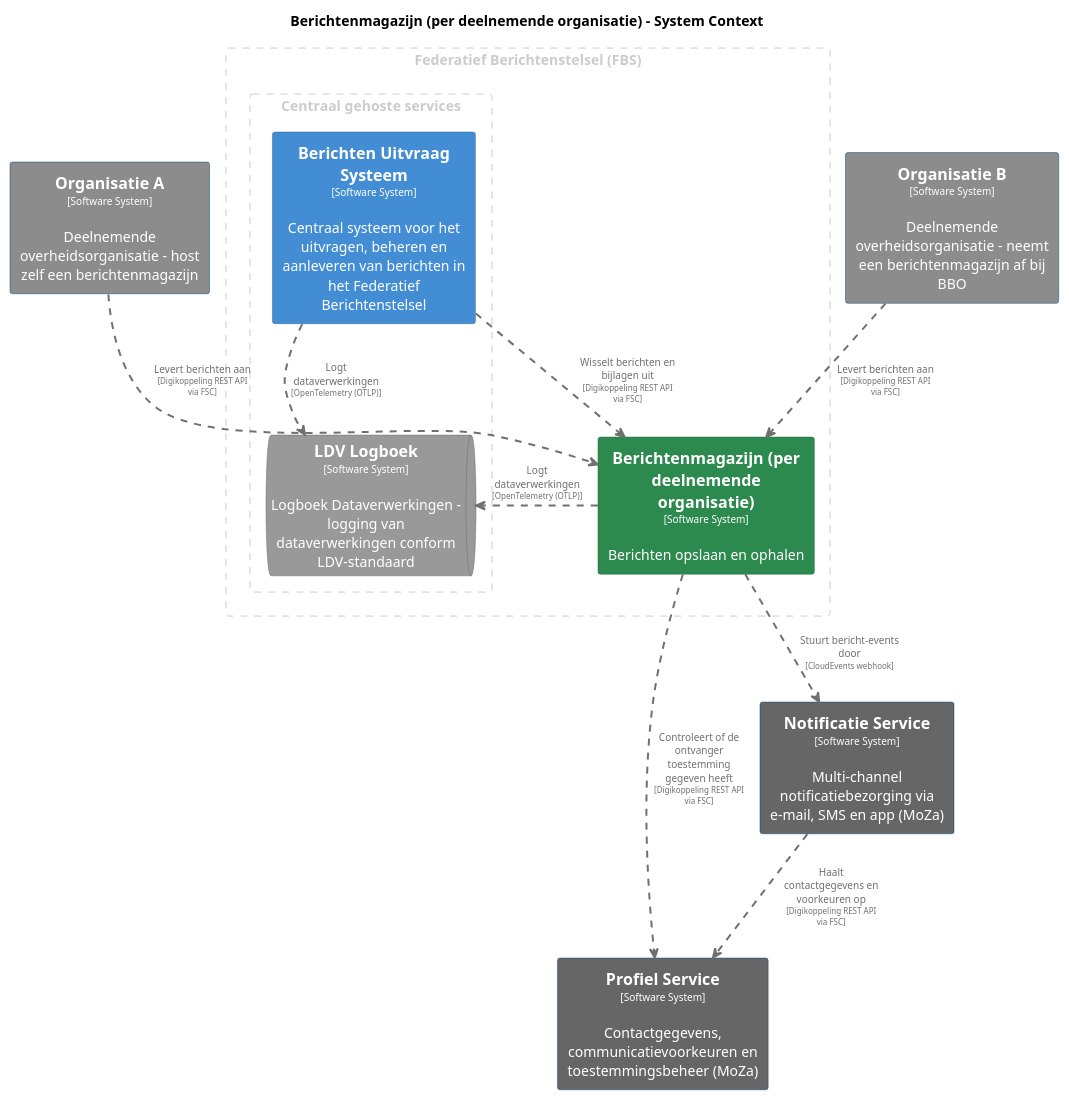
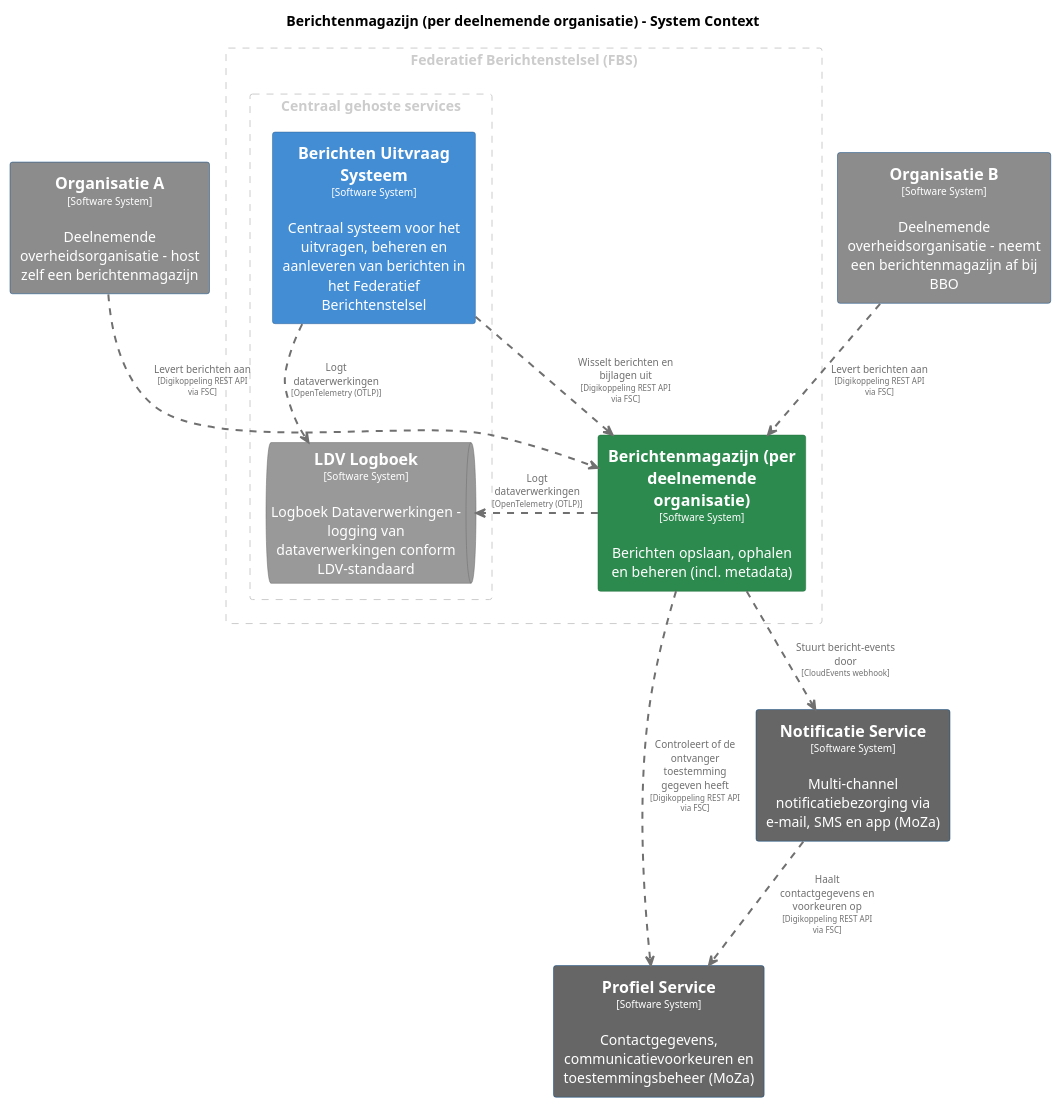
Before and after one commit to MinBZK/moza-poc-fbs-berichtenbox: the diagram in pr-preview/pr-22/master/puml/Berichtenmagazijn.puml, drawn with PlantUML. The commit also changed 52 other files, not shown here.

```diff
--- a/pr-preview/pr-22/master/puml/Berichtenmagazijn.puml
+++ b/pr-preview/pr-22/master/puml/Berichtenmagazijn.puml
@@ -1,91 +1,91 @@
 @startuml
 set separator none
 title Berichtenmagazijn (per deelnemende organisatie) - System Context
 
 top to bottom direction
 skinparam ranksep 60
 skinparam nodesep 30
 
 skinparam {
   arrowFontSize 10
   defaultTextAlignment center
   wrapWidth 200
   maxMessageSize 100
 }
 
 hide stereotype
 
 skinparam rectangle<<BerichtenUitvraagSysteem>> {
   BackgroundColor #438dd5
   FontColor #ffffff
   BorderColor #2e6295
   shadowing false
 }
 skinparam rectangle<<Berichtenmagazijnperdeelnemendeorganisatie>> {
   BackgroundColor #2d8a4e
   FontColor #ffffff
   BorderColor #1e6b38
   shadowing false
 }
 skinparam queue<<LDVLogboek>> {
   BackgroundColor #999999
   FontColor #ffffff
   BorderColor #6b6b6b
   shadowing false
 }
 skinparam rectangle<<NotificatieService>> {
   BackgroundColor #666666
   FontColor #ffffff
   BorderColor #0b4884
   shadowing false
 }
 skinparam rectangle<<OrganisatieA>> {
   BackgroundColor #8c8c8c
   FontColor #ffffff
   BorderColor #0b4884
   shadowing false
 }
 skinparam rectangle<<OrganisatieB>> {
   BackgroundColor #8c8c8c
   FontColor #ffffff
   BorderColor #0b4884
   shadowing false
 }
 skinparam rectangle<<ProfielService>> {
   BackgroundColor #666666
   FontColor #ffffff
   BorderColor #0b4884
   shadowing false
 }
 
 rectangle "Federatief Berichtenstelsel (FBS)" <<group1>> as group1 {
   skinparam RectangleBorderColor<<group1>> #cccccc
   skinparam RectangleFontColor<<group1>> #cccccc
   skinparam RectangleBorderStyle<<group1>> dashed
 
-  rectangle "==Berichtenmagazijn (per deelnemende organisatie)\n<size:10>[Software System]</size>\n\nBerichten opslaan en ophalen" <<Berichtenmagazijnperdeelnemendeorganisatie>> as Berichtenmagazijnperdeelnemendeorganisatie
+  rectangle "==Berichtenmagazijn (per deelnemende organisatie)\n<size:10>[Software System]</size>\n\nBerichten opslaan, ophalen en beheren (incl. metadata)" <<Berichtenmagazijnperdeelnemendeorganisatie>> as Berichtenmagazijnperdeelnemendeorganisatie
     rectangle "Centraal gehoste services" <<group2>> as group2 {
       skinparam RectangleBorderColor<<group2>> #cccccc
       skinparam RectangleFontColor<<group2>> #cccccc
       skinparam RectangleBorderStyle<<group2>> dashed
 
       rectangle "==Berichten Uitvraag Systeem\n<size:10>[Software System]</size>\n\nCentraal systeem voor het uitvragen, beheren en aanleveren van berichten in het Federatief Berichtenstelsel" <<BerichtenUitvraagSysteem>> as BerichtenUitvraagSysteem
       queue "==LDV Logboek\n<size:10>[Software System]</size>\n\nLogboek Dataverwerkingen - logging van dataverwerkingen conform LDV-standaard" <<LDVLogboek>> as LDVLogboek
     }
 
 }
 
 rectangle "==Organisatie A\n<size:10>[Software System]</size>\n\nDeelnemende overheidsorganisatie - host zelf een berichtenmagazijn" <<OrganisatieA>> as OrganisatieA
 rectangle "==Organisatie B\n<size:10>[Software System]</size>\n\nDeelnemende overheidsorganisatie - neemt een berichtenmagazijn af bij BBO" <<OrganisatieB>> as OrganisatieB
 rectangle "==Profiel Service\n<size:10>[Software System]</size>\n\nContactgegevens, communicatievoorkeuren en toestemmingsbeheer (MoZa)" <<ProfielService>> as ProfielService
 rectangle "==Notificatie Service\n<size:10>[Software System]</size>\n\nMulti-channel notificatiebezorging via e-mail, SMS en app (MoZa)" <<NotificatieService>> as NotificatieService
 
 Berichtenmagazijnperdeelnemendeorganisatie .[#707070,thickness=2].> ProfielService : "<color:#707070>Controleert of de ontvanger toestemming gegeven heeft\n<color:#707070><size:8>[Digikoppeling REST API via FSC]</size>"
 Berichtenmagazijnperdeelnemendeorganisatie .[#707070,thickness=2].> LDVLogboek : "<color:#707070>Logt dataverwerkingen\n<color:#707070><size:8>[OpenTelemetry (OTLP)]</size>"
 BerichtenUitvraagSysteem .[#707070,thickness=2].> LDVLogboek : "<color:#707070>Logt dataverwerkingen\n<color:#707070><size:8>[OpenTelemetry (OTLP)]</size>"
 BerichtenUitvraagSysteem .[#707070,thickness=2].> Berichtenmagazijnperdeelnemendeorganisatie : "<color:#707070>Wisselt berichten en bijlagen uit\n<color:#707070><size:8>[Digikoppeling REST API via FSC]</size>"
 Berichtenmagazijnperdeelnemendeorganisatie .[#707070,thickness=2].> NotificatieService : "<color:#707070>Stuurt bericht-events door\n<color:#707070><size:8>[CloudEvents webhook]</size>"
 NotificatieService .[#707070,thickness=2].> ProfielService : "<color:#707070>Haalt contactgegevens en voorkeuren op\n<color:#707070><size:8>[Digikoppeling REST API via FSC]</size>"
 OrganisatieA .[#707070,thickness=2].> Berichtenmagazijnperdeelnemendeorganisatie : "<color:#707070>Levert berichten aan\n<color:#707070><size:8>[Digikoppeling REST API via FSC]</size>"
 OrganisatieB .[#707070,thickness=2].> Berichtenmagazijnperdeelnemendeorganisatie : "<color:#707070>Levert berichten aan\n<color:#707070><size:8>[Digikoppeling REST API via FSC]</size>"
 @enduml
```
